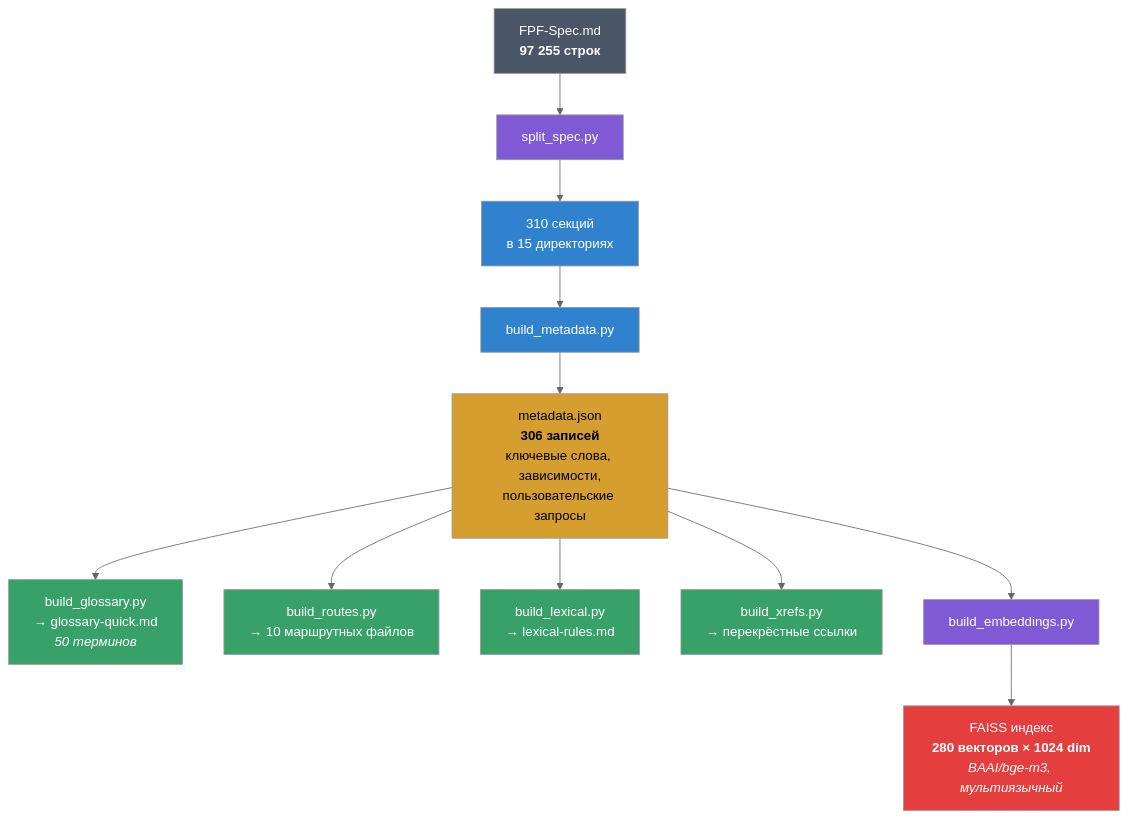
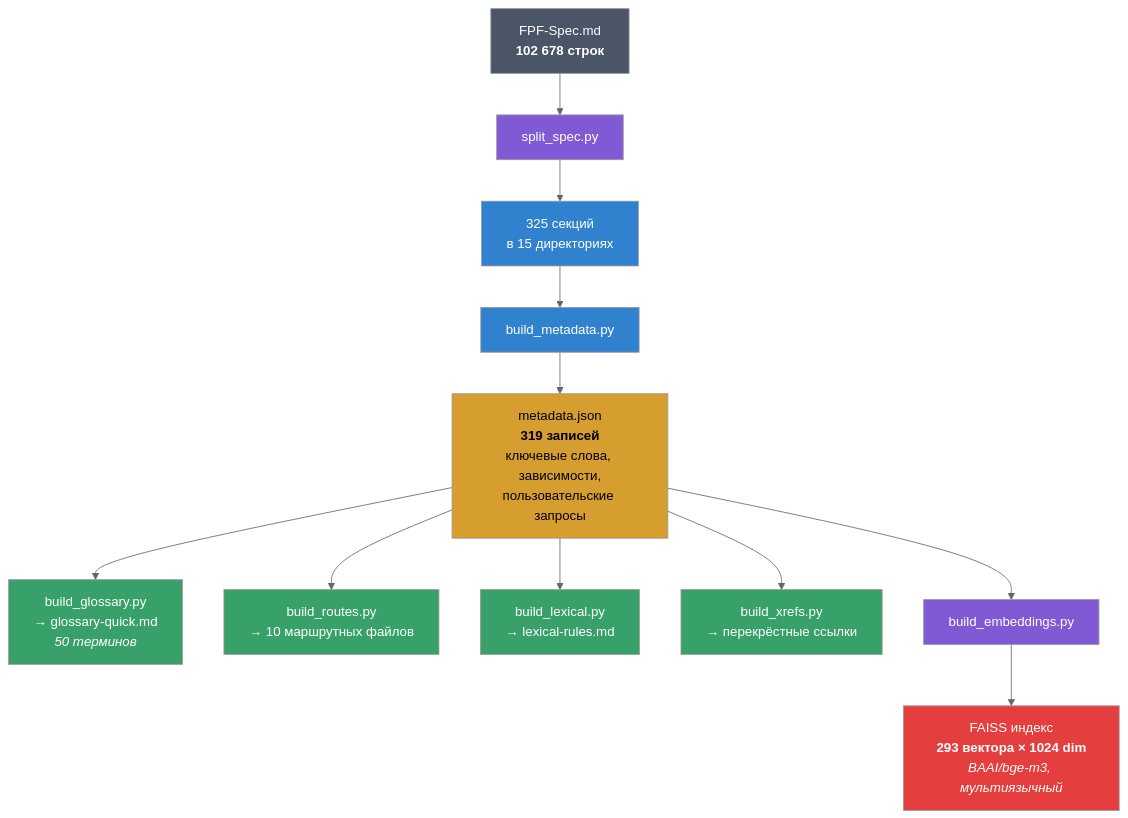
One commit to pokrovskiyv/FPF-agent changed the fourth of 4 diagrams in Readme.md. Above: the diagram before and after it, drawn with Mermaid (neutral theme). The commit also changed other lines of this file and 307 other files, not shown here.

````diff
--- a/Readme.md
+++ b/Readme.md
@@ -217,25 +217,25 @@
 ```mermaid
 graph TD
-    Spec["FPF-Spec.md<br/><b>97 255 строк</b>"] --> Split["split_spec.py"]
-    Split --> Sections["310 секций<br/>в 15 директориях"]
+    Spec["FPF-Spec.md<br/><b>102 678 строк</b>"] --> Split["split_spec.py"]
+    Split --> Sections["325 секций<br/>в 15 директориях"]
     Sections --> Meta["build_metadata.py"]
-    Meta --> MetaJSON["metadata.json<br/><b>306 записей</b><br/>ключевые слова, зависимости,<br/>пользовательские запросы"]
+    Meta --> MetaJSON["metadata.json<br/><b>319 записей</b><br/>ключевые слова, зависимости,<br/>пользовательские запросы"]
     MetaJSON --> Gloss["build_glossary.py<br/>→ glossary-quick.md<br/><i>50 терминов</i>"]
     MetaJSON --> Routes["build_routes.py<br/>→ 10 маршрутных файлов"]
     MetaJSON --> Lex["build_lexical.py<br/>→ lexical-rules.md"]
     MetaJSON --> XRef["build_xrefs.py<br/>→ перекрёстные ссылки"]
     MetaJSON --> Emb["build_embeddings.py"]
-    Emb --> FAISS["FAISS индекс<br/><b>280 векторов × 1024 dim</b><br/><i>BAAI/bge-m3, мультиязычный</i>"]
+    Emb --> FAISS["FAISS индекс<br/><b>293 вектора × 1024 dim</b><br/><i>BAAI/bge-m3, мультиязычный</i>"]
 
     style Spec fill:#4a5568,color:#fff
     style Split fill:#805ad5,color:#fff
     style Sections fill:#3182ce,color:#fff
     style Meta fill:#3182ce,color:#fff
     style MetaJSON fill:#d69e2e,color:#000
     style Gloss fill:#38a169,color:#fff
     style Routes fill:#38a169,color:#fff
     style Lex fill:#38a169,color:#fff
     style XRef fill:#38a169,color:#fff
     style Emb fill:#805ad5,color:#fff
     style FAISS fill:#e53e3e,color:#fff
 ```
````
